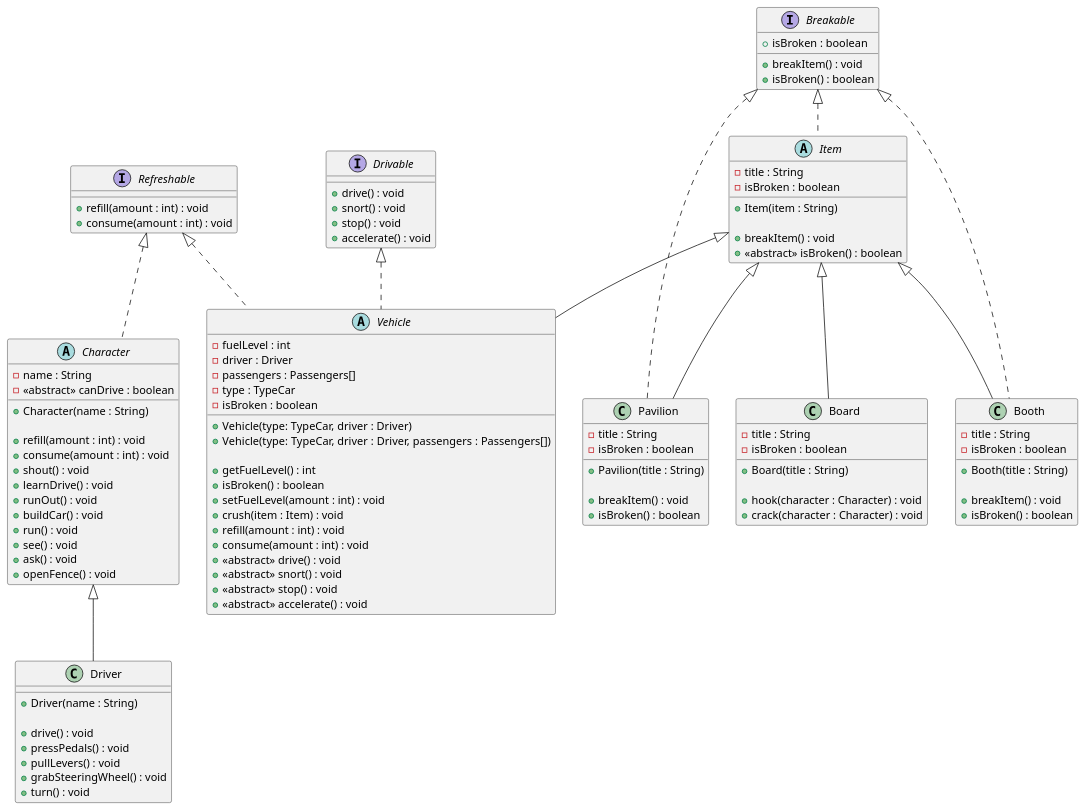
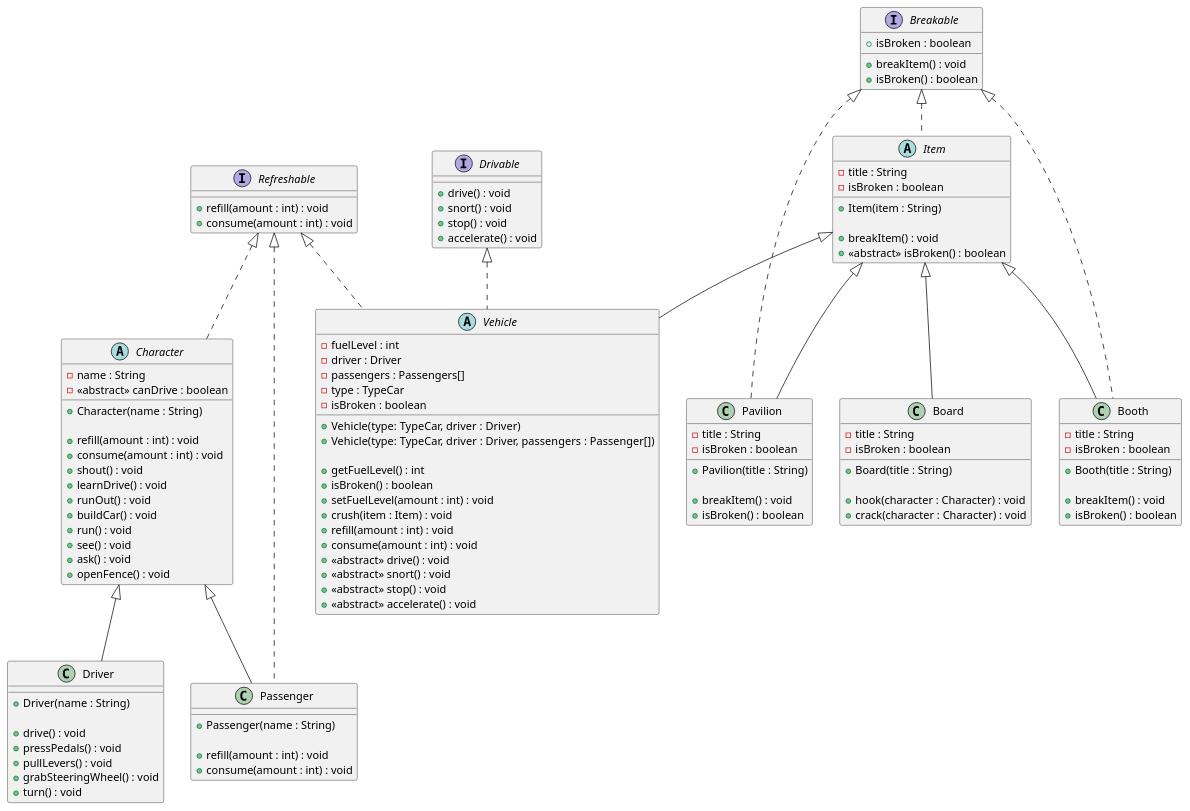
The diagram in laboratory3/project.puml (ArteMyasnik/ArteMyasnik_programming_laboratory_3), drawn with PlantUML before and after one commit. The commit also changed 8 other files, not shown here.

Commit message:
UML diagram for laboratory

```diff
--- a/laboratory3/project.puml
+++ b/laboratory3/project.puml
@@ -1,188 +1,193 @@
 @startuml
 
 interface Drivable {
     + drive() : void
     + snort() : void
     + stop() : void
     + accelerate() : void
 }
 
 interface Refreshable {
     + refill(amount : int) : void
     + consume(amount : int) : void
 }
 
 interface Breakable {
     + isBroken : boolean
 
     + breakItem() : void
     + isBroken() : boolean
 }
 
 abstract class Item implements Breakable{
     - title : String
     - isBroken : boolean
 
     + Item(item : String)
 
     + breakItem() : void
     + <<abstract>> isBroken() : boolean
 }
 
 class Booth extends Item implements Breakable {
     - title : String
     - isBroken : boolean
 
     + Booth(title : String)
 
     + breakItem() : void
     + isBroken() : boolean
 }
 
 class Pavilion extends Item implements Breakable {
     - title : String
     - isBroken : boolean
 
     + Pavilion(title : String)
 
     + breakItem() : void
     + isBroken() : boolean
 }
 
 class Board extends Item {
     - title : String
     - isBroken : boolean
 
     + Board(title : String)
 
     + hook(character : Character) : void
     + crack(character : Character) : void
 }
 
 abstract class Vehicle extends Item implements Drivable, Refreshable{
     - fuelLevel : int
     - driver : Driver
     - passengers : Passengers[]
     - type : TypeCar
     - isBroken : boolean
 
     + Vehicle(type: TypeCar, driver : Driver)
-    + Vehicle(type: TypeCar, driver : Driver, passengers : Passengers[])
+    + Vehicle(type: TypeCar, driver : Driver, passengers : Passenger[])
 
     + getFuelLevel() : int
     + isBroken() : boolean
     + setFuelLevel(amount : int) : void
     + crush(item : Item) : void
     + refill(amount : int) : void
     + consume(amount : int) : void
     + <<abstract>> drive() : void
     + <<abstract>> snort() : void
     + <<abstract>> stop() : void
     + <<abstract>> accelerate() : void
 }
 
 abstract class Character implements Refreshable{
     - name : String
     - <<abstract>> canDrive : boolean
 
     + Character(name : String)
 
     + refill(amount : int) : void
     + consume(amount : int) : void
     + shout() : void
     + learnDrive() : void
     + runOut() : void
     + buildCar() : void
     + run() : void
     + see() : void
     + ask() : void
     + openFence() : void
 }
 
 class Driver extends Character {
     + Driver(name : String)
 
     + drive() : void
     + pressPedals() : void
     + pullLevers() : void
     + grabSteeringWheel() : void
     + turn() : void
 }
 
+class Passenger extends Character implements Refreshable{
+    + Passenger(name : String)
 
+    + refill(amount : int) : void
+    + consume(amount : int) : void
+}
 
 
 
 
 
 
 
 
 
 
 
 
 
 
 
 
 
 
 
 
 
 
 
 
 
 
 
 
 
 
 
 
 
 'interface Drivable {
 '    + drive() : void
 '    + stop() : void
 '    + accelerate() : void
 '}
 '
 'interface Breakable {
 '    + breakObject() : void
 '    + isDestroyed() : boolean
 '}
 '
 'interface Refreshable {
 '    + refill() : void
 '    + consume(int amount) : boolean
 '}
 '
 'abstract class Character {
 '    + name : String
 '    + energy : int
 '    + <<abstract>> performAction() :  void
 '}
 '
 'class Driver extends Character implements Drivable {
 '    + canDrive() : boolean
 '    + drive() : void
 '    + stop() : void
 '    + accelerate() : void
 '    + performAction() : void
 '}
 '
 'abstract class Vehicle {
 '    + isPullLevers : boolean
 '    + isPressPedals : boolean
 '
 '    + <<abstract>> snort() : void
 '    + <<abstract>> drive() : void
 '    + crush(obj : String) : boolean
 '}
 'class Car extends Vehicle{
 '    + driver : Driver
 '
 '}
 @enduml
```
